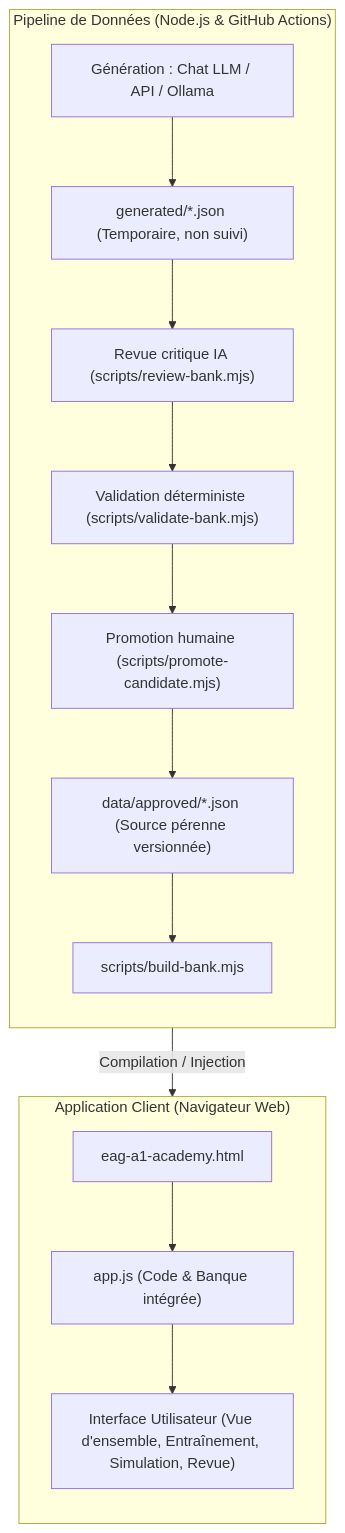
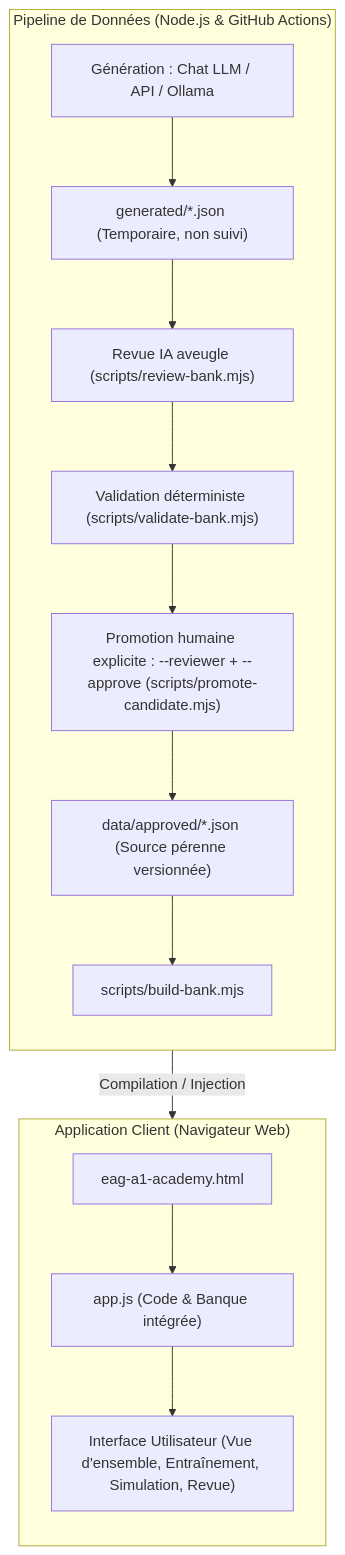
The first of 2 diagrams in docs/ARCHITECTURE.md (hdjebar/eag-a1-academy), drawn with Mermaid before and after one commit. The commit also changed other lines of this file and 29 other files, not shown here.

````diff
--- a/docs/ARCHITECTURE.md
+++ b/docs/ARCHITECTURE.md
@@ -14,19 +14,19 @@
 ```mermaid
 flowchart TB
     subgraph Pipeline ["Pipeline de Données (Node.js & GitHub Actions)"]
         direction TB
         Gen[Génération : Chat LLM / API / Ollama] --> Temp["generated/*.json (Temporaire, non suivi)"]
-        Temp --> Rev["Revue critique IA (scripts/review-bank.mjs)"]
+        Temp --> Rev["Revue IA aveugle (scripts/review-bank.mjs)"]
         Rev --> Val["Validation déterministe (scripts/validate-bank.mjs)"]
-        Val --> Prom["Promotion humaine (scripts/promote-candidate.mjs)"]
+        Val --> Prom["Promotion humaine explicite : --reviewer + --approve (scripts/promote-candidate.mjs)"]
         Prom --> Appr["data/approved/*.json (Source pérenne versionnée)"]
         Appr --> Build["scripts/build-bank.mjs"]
     end
 
     subgraph Runtime ["Application Client (Navigateur Web)"]
         direction TB
         Build -->|"Compilation / Injection"| AppJS["app.js (Code & Banque intégrée)"]
         HTML["eag-a1-academy.html"] --> AppJS
         AppJS --> UI["Interface Utilisateur (Vue d'ensemble, Entraînement, Simulation, Revue)"]
     end
 ```
````
